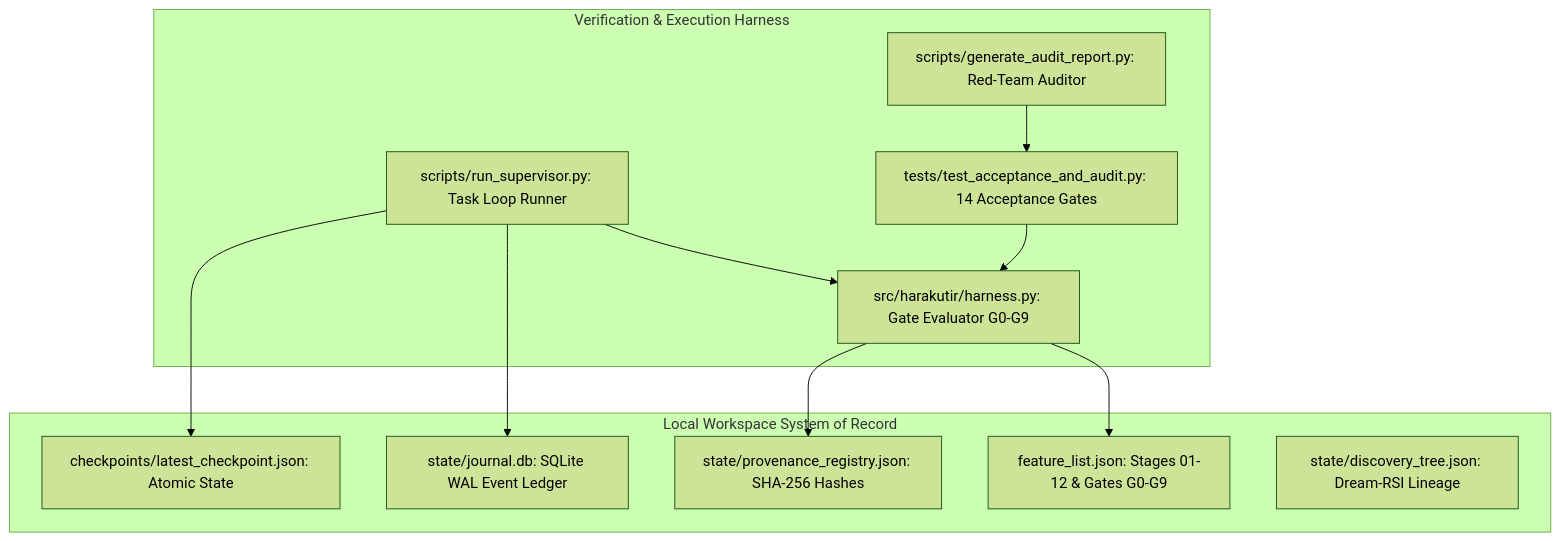
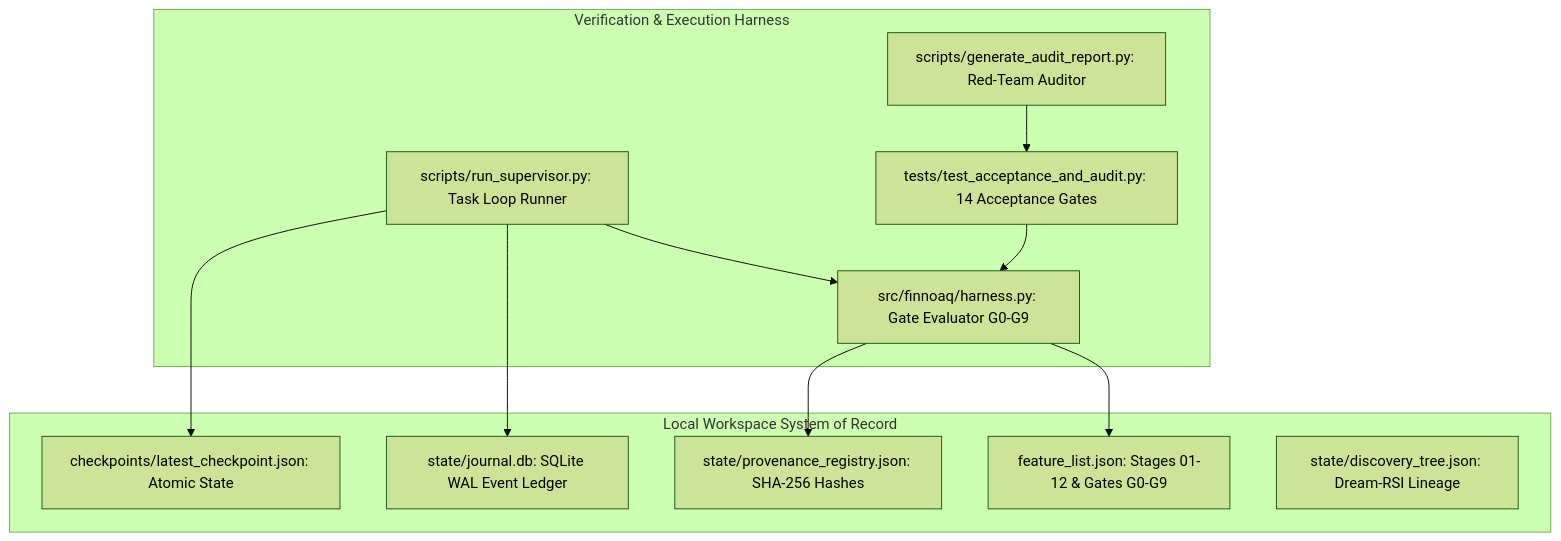
The diagram in toor_dal_optimization/reports/HARNESS_ENGINEERING_SPECIFICATION.md (SourishSenapati/FinnoAQ), drawn with Mermaid (forest theme) before and after one commit. The commit also changed other lines of this file and 706 other files, not shown here.

````diff
--- a/toor_dal_optimization/reports/HARNESS_ENGINEERING_SPECIFICATION.md
+++ b/toor_dal_optimization/reports/HARNESS_ENGINEERING_SPECIFICATION.md
@@ -22,25 +22,25 @@
 ```mermaid
 graph TD
     subgraph "Local Workspace System of Record"
         FL[feature_list.json: Stages 01-12 & Gates G0-G9]
         JDB[state/journal.db: SQLite WAL Event Ledger]
         PREG[state/provenance_registry.json: SHA-256 Hashes]
         CP[checkpoints/latest_checkpoint.json: Atomic State]
         DTREE[state/discovery_tree.json: Dream-RSI Lineage]
     end
 
     subgraph "Verification & Execution Harness"
-        HM[src/harakutir/harness.py: Gate Evaluator G0-G9]
+        HM[src/finnoaq/harness.py: Gate Evaluator G0-G9]
         SUP[scripts/run_supervisor.py: Task Loop Runner]
         AUD[scripts/generate_audit_report.py: Red-Team Auditor]
         PYT[tests/test_acceptance_and_audit.py: 14 Acceptance Gates]
     end
 
     SUP --> HM
     HM --> FL
     HM --> PREG
     SUP --> JDB
     SUP --> CP
     PYT --> HM
     AUD --> PYT
 ```
````
